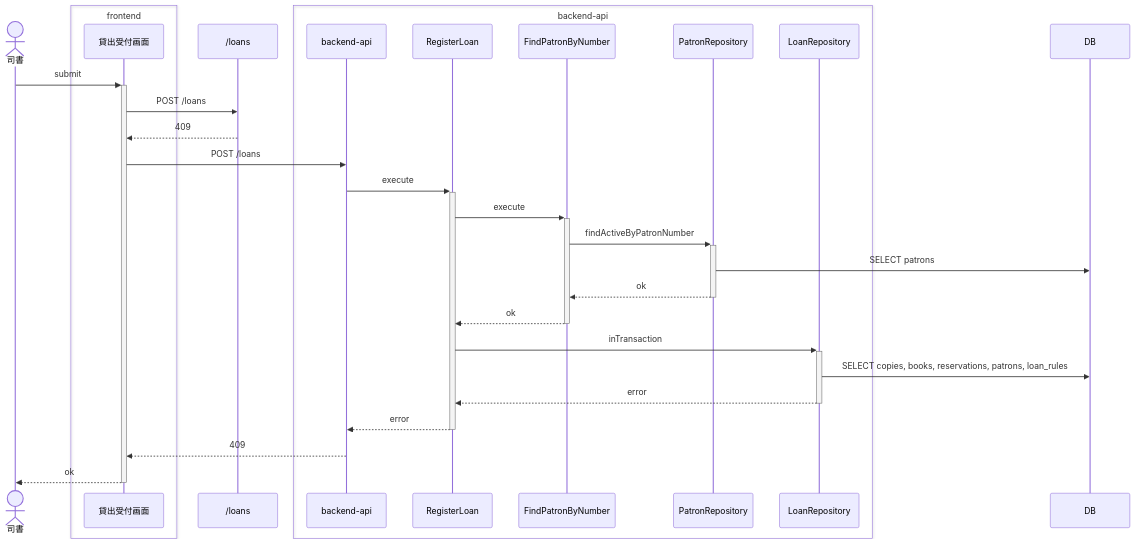
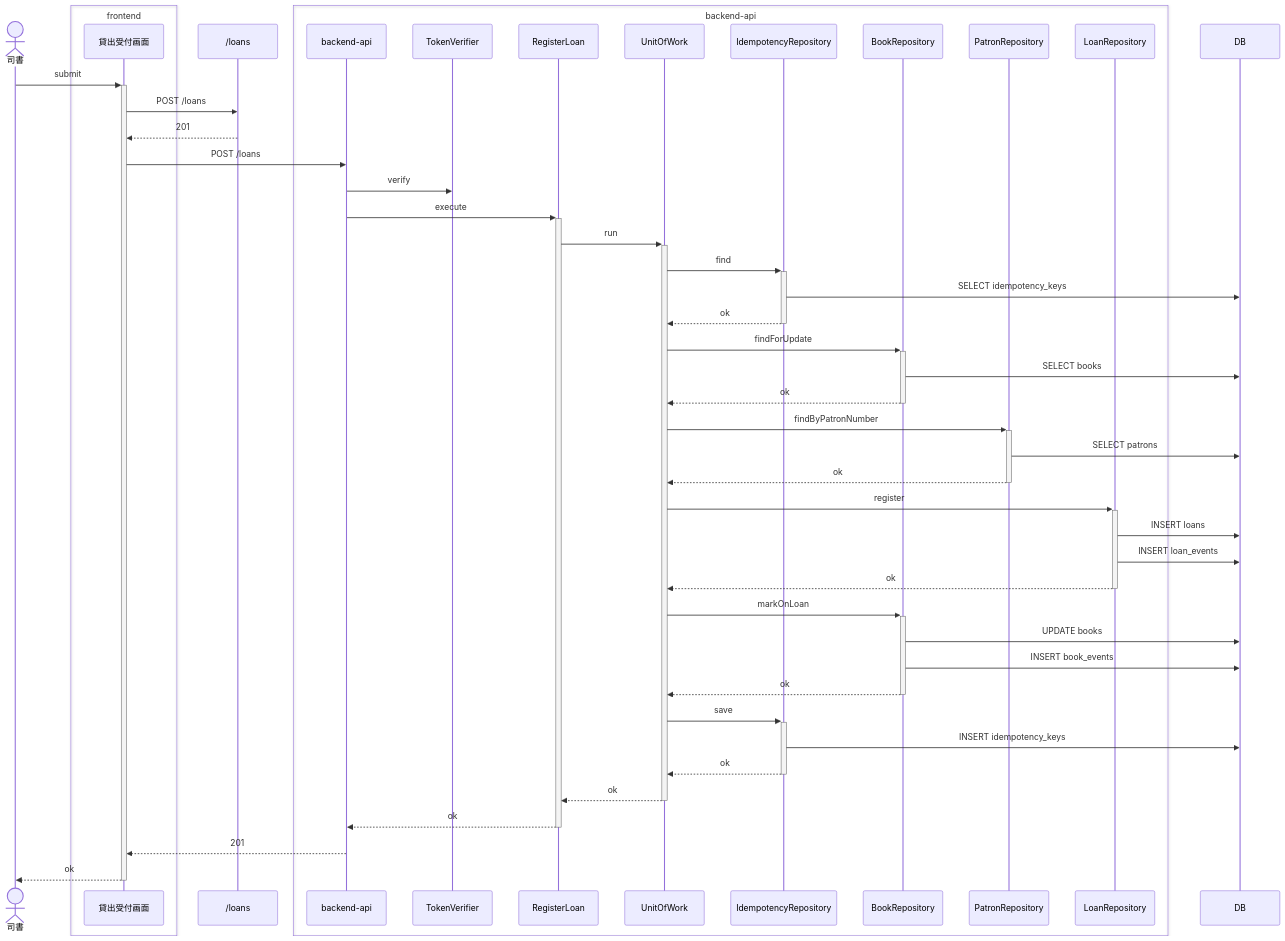
Before and after one commit to suwa-sh/suwa-sh-claude-plugins: the fifth of 6 diagrams in samples/distillery2/library-loan/docs/as-built/貸出業務/貸出を登録する/sequence.md, drawn with Mermaid. The commit also changed other lines of this file and 249 other files, not shown here.

````diff
--- a/samples/distillery2/library-loan/docs/as-built/貸出業務/貸出を登録する/sequence.md
+++ b/samples/distillery2/library-loan/docs/as-built/貸出業務/貸出を登録する/sequence.md
@@ -163,32 +215,50 @@
 ```mermaid
 sequenceDiagram
     actor p0 as 司書
     box transparent frontend
         participant p1 as 貸出受付画面
     end
     participant p2 as /loans
     box transparent backend-api
         participant p3 as backend-api
-        participant p4 as RegisterLoan
-        participant p5 as FindPatronByNumber
-        participant p6 as PatronRepository
-        participant p8 as LoanRepository
+        participant p4 as TokenVerifier
+        participant p5 as RegisterLoan
+        participant p6 as UnitOfWork
+        participant p7 as IdempotencyRepository
+        participant p9 as BookRepository
+        participant p10 as PatronRepository
+        participant p11 as LoanRepository
     end
-    participant p7 as DB
+    participant p8 as DB
     p0->>+p1: submit
     p1->>p2: POST /loans
-    p2-->>p1: 409
+    p2-->>p1: 201
     p1->>p3: POST /loans
-    p3->>+p4: execute
-    p4->>+p5: execute
-    p5->>+p6: findActiveByPatronNumber
-    p6->>p7: SELECT patrons
+    p3->>p4: verify
+    p3->>+p5: execute
+    p5->>+p6: run
+    p6->>+p7: find
+    p7->>p8: SELECT idempotency_keys
+    p7-->>-p6: ok
+    p6->>+p9: findForUpdate
+    p9->>p8: SELECT books
+    p9-->>-p6: ok
+    p6->>+p10: findByPatronNumber
+    p10->>p8: SELECT patrons
+    p10-->>-p6: ok
+    p6->>+p11: register
+    p11->>p8: INSERT loans
+    p11->>p8: INSERT loan_events
+    p11-->>-p6: ok
+    p6->>+p9: markOnLoan
+    p9->>p8: UPDATE books
+    p9->>p8: INSERT book_events
+    p9-->>-p6: ok
+    p6->>+p7: save
+    p7->>p8: INSERT idempotency_keys
+    p7-->>-p6: ok
     p6-->>-p5: ok
-    p5-->>-p4: ok
-    p4->>+p8: inTransaction
-    p8->>p7: SELECT copies, books, reservations, patrons, loan_rules
-    p8-->>-p4: error
-    p4-->>-p3: error
-    p3-->>p1: 409
+    p5-->>-p3: ok
+    p3-->>p1: 201
     p1-->>-p0: ok
 ```
````
